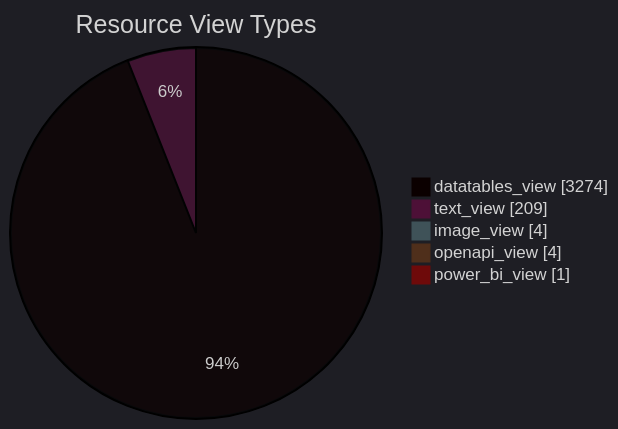
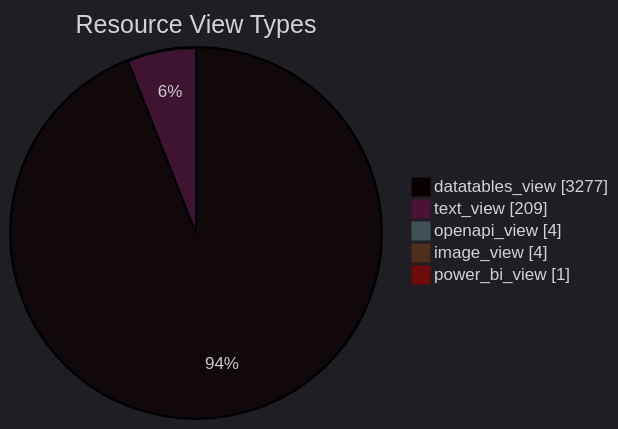
Before and after one commit to open-data/analytics-corporate-reporting: the diagram in datastore_tracker/resource_view_types_pie_chart.md, drawn with Mermaid. The commit also changed 9 other files, not shown here.

````diff
--- a/datastore_tracker/resource_view_types_pie_chart.md
+++ b/datastore_tracker/resource_view_types_pie_chart.md
@@ -2,12 +2,12 @@
 ```mermaid
 ---
 config:
   theme: dark
 ---
 pie showData title Resource View Types
-    "datatables_view": 3274
+    "datatables_view": 3277
     "text_view": 209
+    "openapi_view": 4
     "image_view": 4
-    "openapi_view": 4
     "power_bi_view": 1
 ```
````
